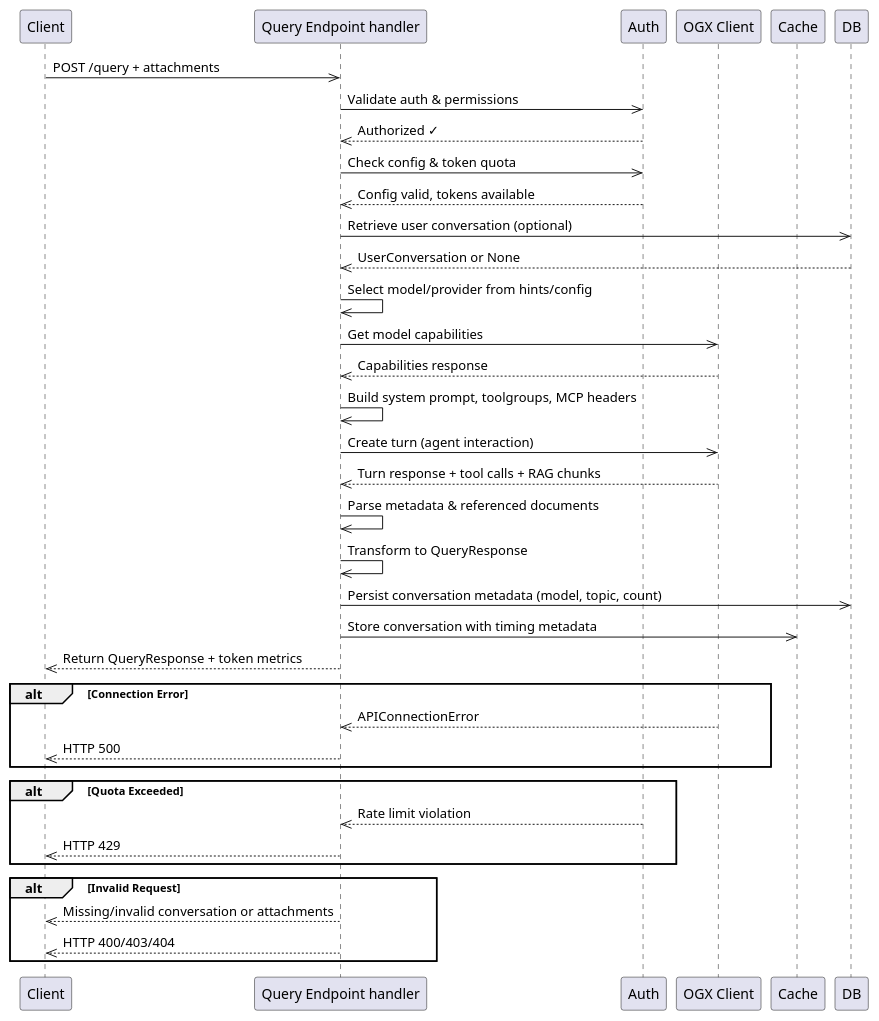
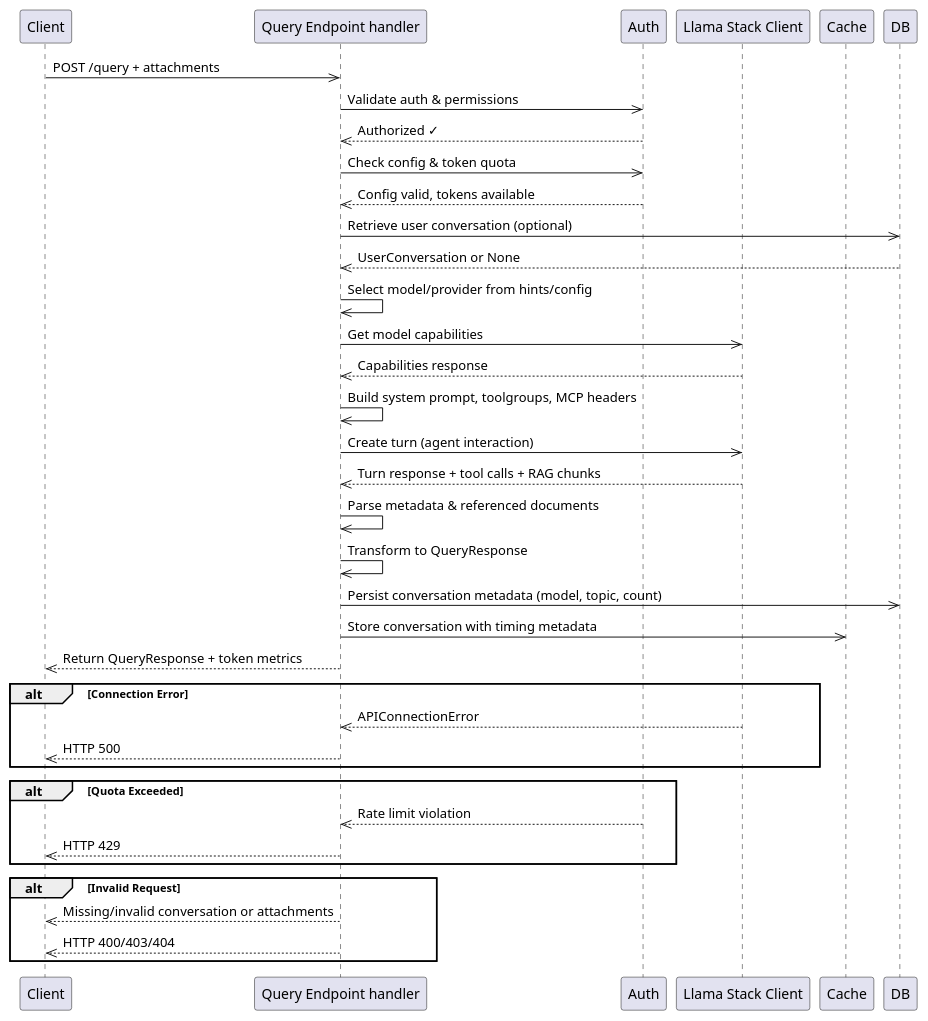
Before and after one commit to lightspeed-core/lightspeed-stack: the diagram in docs/devel_doc/query_endpoint.puml, drawn with PlantUML. The commit also changed 615 other files, not shown here.

```diff
--- a/docs/devel_doc/query_endpoint.puml
+++ b/docs/devel_doc/query_endpoint.puml
@@ -1,43 +1,43 @@
 @startuml
 
 participant Client
 participant Endpoint as "Query Endpoint handler"
 participant Auth
-participant OGX as "OGX Client"
+participant LlamaStack as "Llama Stack Client"
 participant Cache as Cache
 
 Client->>Endpoint: POST /query + attachments
 Endpoint->>Auth: Validate auth & permissions
 Auth-->>Endpoint: Authorized ✓
 Endpoint->>Auth: Check config & token quota
 Auth-->>Endpoint: Config valid, tokens available
 Endpoint->>DB: Retrieve user conversation (optional)
 DB-->>Endpoint: UserConversation or None
 Endpoint->>Endpoint: Select model/provider from hints/config
-Endpoint->>OGX: Get model capabilities
-OGX-->>Endpoint: Capabilities response
+Endpoint->>LlamaStack: Get model capabilities
+LlamaStack-->>Endpoint: Capabilities response
 Endpoint->>Endpoint: Build system prompt, toolgroups, MCP headers
-Endpoint->>OGX: Create turn (agent interaction)
-OGX-->>Endpoint: Turn response + tool calls + RAG chunks
+Endpoint->>LlamaStack: Create turn (agent interaction)
+LlamaStack-->>Endpoint: Turn response + tool calls + RAG chunks
 Endpoint->>Endpoint: Parse metadata & referenced documents
 Endpoint->>Endpoint: Transform to QueryResponse
 Endpoint->>DB: Persist conversation metadata (model, topic, count)
 Endpoint->>Cache: Store conversation with timing metadata
 Endpoint-->>Client: Return QueryResponse + token metrics
 
 alt Connection Error
-    OGX-->>Endpoint: APIConnectionError
+    LlamaStack-->>Endpoint: APIConnectionError
     Endpoint-->>Client: HTTP 500
 end
 
 alt Quota Exceeded
     Auth-->>Endpoint: Rate limit violation
     Endpoint-->>Client: HTTP 429
 end
 
 alt Invalid Request
     Endpoint-->>Client: Missing/invalid conversation or attachments
     Endpoint-->>Client: HTTP 400/403/404
 end
 
 @enduml
```
